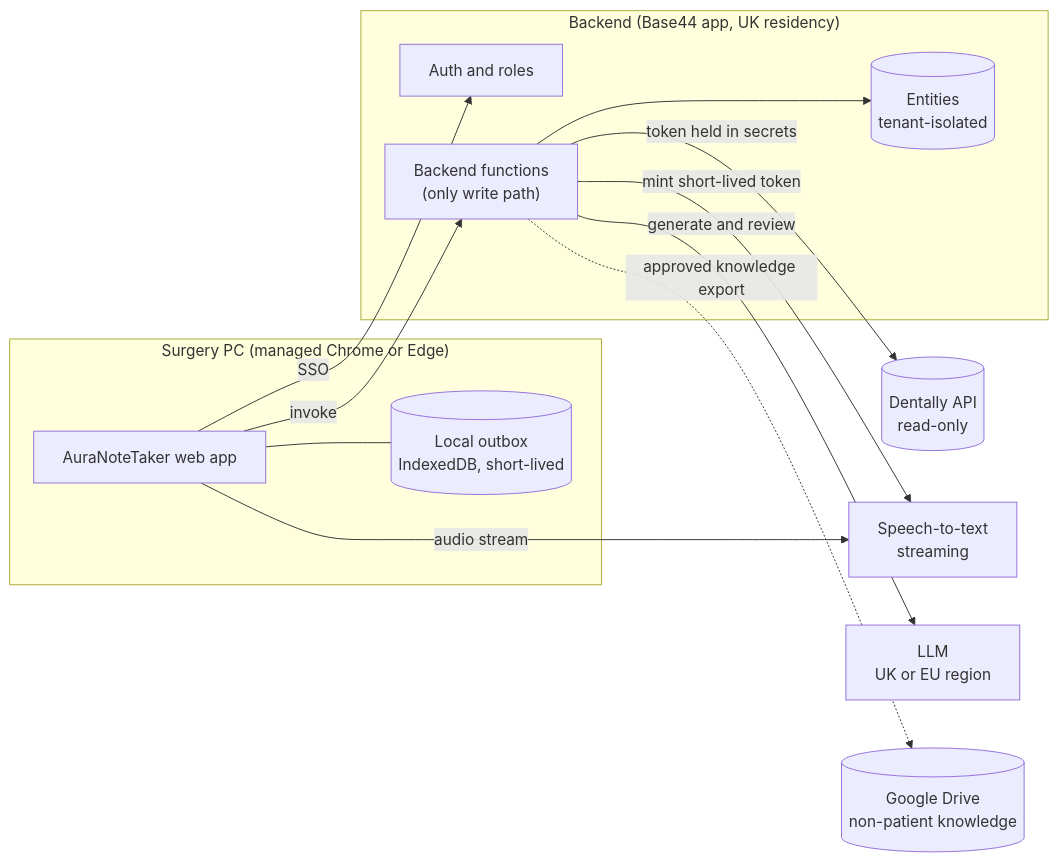
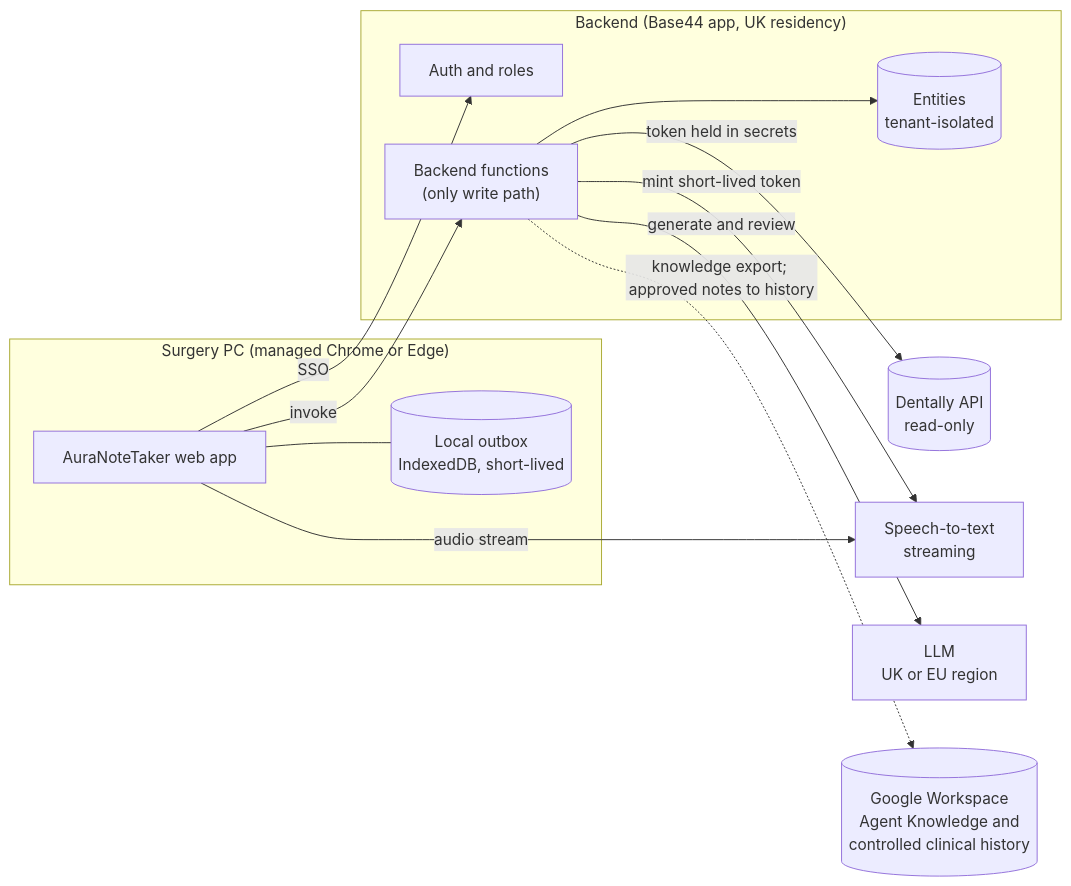
One commit to hishamsaqib-create/auranotetaker-pro changed the first of 3 diagrams in docs/architecture.md. Above: the diagram before and after it, drawn with Mermaid. The commit also changed other lines of this file and 6 other files, not shown here.

First line of the commit message:
Record D2a: next-day deletion in Base44, clinical history in Workspace

````diff
--- a/docs/architecture.md
+++ b/docs/architecture.md
@@ -27,26 +27,26 @@
 ```mermaid
 flowchart LR
   subgraph PC["Surgery PC (managed Chrome or Edge)"]
     UI["AuraNoteTaker web app"]
     Outbox[("Local outbox<br/>IndexedDB, short-lived")]
   end
   subgraph BE["Backend (Base44 app, UK residency)"]
     Auth["Auth and roles"]
     Fn["Backend functions<br/>(only write path)"]
     DB[("Entities<br/>tenant-isolated")]
   end
   Dentally[("Dentally API<br/>read-only")]
   STT["Speech-to-text<br/>streaming"]
   LLM["LLM<br/>UK or EU region"]
-  Drive[("Google Drive<br/>non-patient knowledge")]
+  Drive[("Google Workspace<br/>Agent Knowledge and<br/>controlled clinical history")]
 
   UI -- "SSO" --> Auth
   UI -- "invoke" --> Fn
   Fn --> DB
   Fn -- "token held in secrets" --> Dentally
   Fn -- "mint short-lived token" --> STT
   UI -- "audio stream" --> STT
   Fn -- "generate and review" --> LLM
-  Fn -. "approved knowledge export" .-> Drive
+  Fn -. "knowledge export; approved notes to history" .-> Drive
   UI --- Outbox
 ```
````
